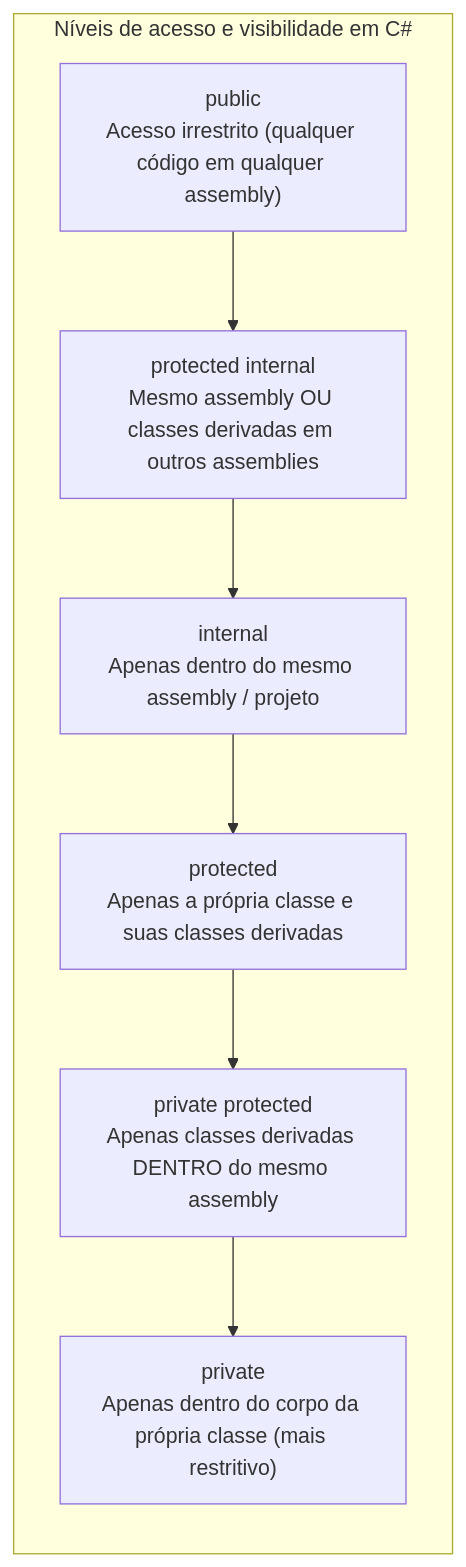
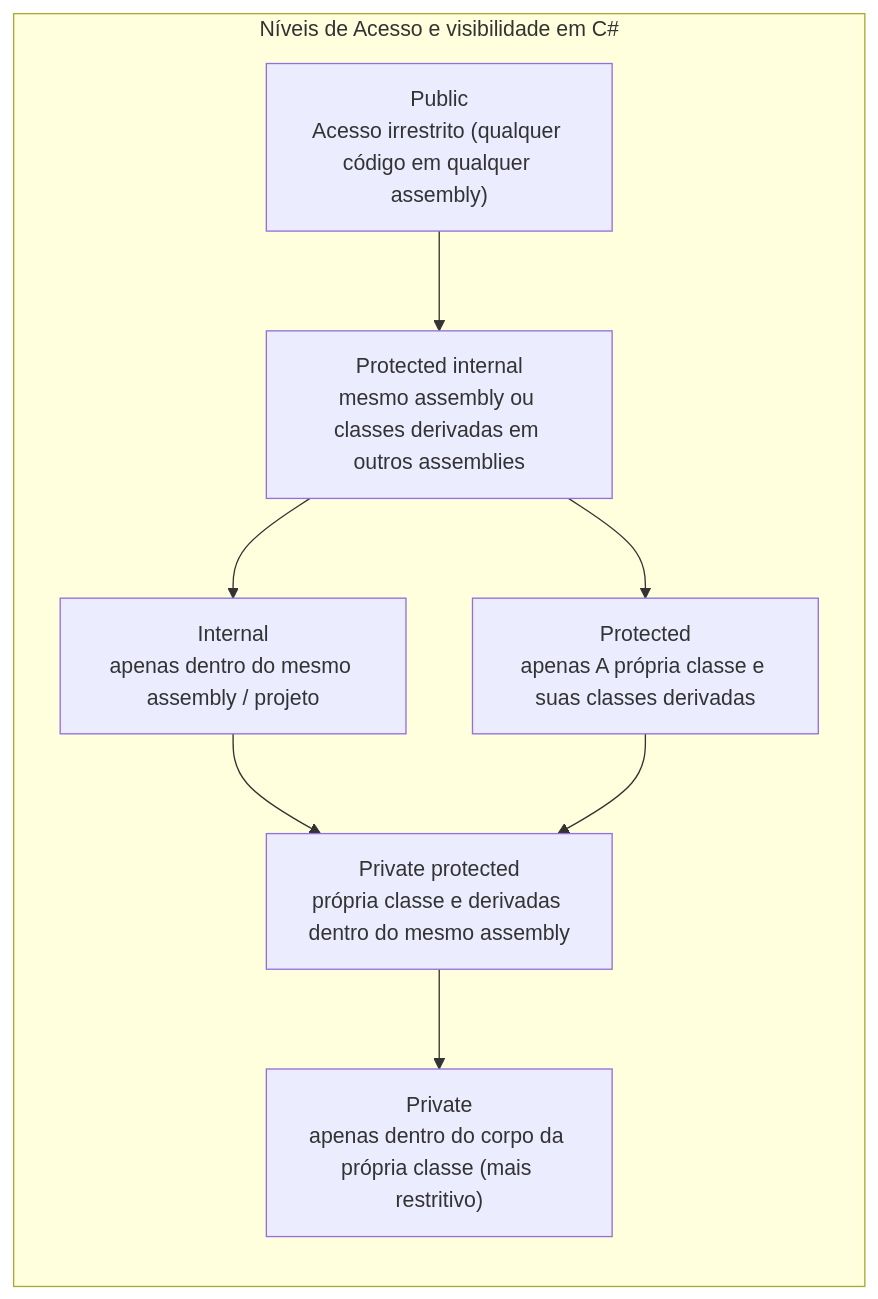
Before and after one commit to leorruas/puc: the first of 5 diagrams in 01. Programacao Modular/12. Modificadores de acesso (visibilidade e níveis de proteção no encapsulamento).md, drawn with Mermaid. The commit also changed other lines of this file and 10 other files, not shown here.

````diff
--- a/01. Programacao Modular/12. Modificadores de acesso (visibilidade e níveis de proteção no encapsulamento).md
+++ b/01. Programacao Modular/12. Modificadores de acesso (visibilidade e níveis de proteção no encapsulamento).md
@@ -38,18 +46,19 @@
 ```mermaid
 flowchart TD
-    subgraph Modificadores ["Níveis de acesso e visibilidade em C#"]
+    subgraph Modificadores ["Níveis de Acesso e visibilidade em C#"]
         direction TB
-        PUB["public<br>Acesso irrestrito (qualquer código em qualquer assembly)"]
-        PROT_INT["protected internal<br>Mesmo assembly OU classes derivadas em outros assemblies"]
-        INT["internal<br>Apenas dentro do mesmo assembly / projeto"]
-        PROT["protected<br>Apenas a própria classe e suas classes derivadas"]
-        PRIV_PROT["private protected<br>Apenas classes derivadas DENTRO do mesmo assembly"]
-        PRIV["private<br>Apenas dentro do corpo da própria classe (mais restritivo)"]
+        PUB["Public<br>Acesso irrestrito (qualquer código em qualquer assembly)"]
+        PROT_INT["Protected internal<br>mesmo assembly ou classes derivadas em outros assemblies"]
+        INT["Internal<br>apenas dentro do mesmo assembly / projeto"]
+        PROT["Protected<br>apenas A própria classe e suas classes derivadas"]
+        PRIV_PROT["Private protected<br>própria classe e derivadas dentro do mesmo assembly"]
+        PRIV["Private<br>apenas dentro do corpo da própria classe (mais restritivo)"]
 
         PUB --> PROT_INT
         PROT_INT --> INT
-        INT --> PROT
+        PROT_INT --> PROT
+        INT --> PRIV_PROT
         PROT --> PRIV_PROT
         PRIV_PROT --> PRIV
     end
 ```
````
